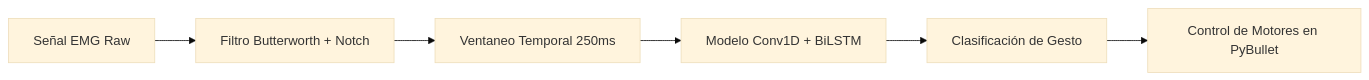
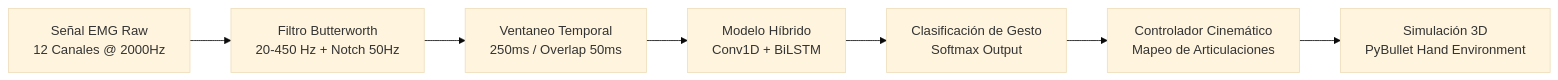
The diagram in README.md (JellySav/emg-prosthetic-control), drawn with Mermaid (base theme) before and after one commit. The commit also changed other lines of this file, not shown here.

````diff
--- a/README.md
+++ b/README.md
@@ -12,8 +41,9 @@
 ```mermaid
 graph LR
-    A[Señal EMG Raw] --> B[Filtro Butterworth + Notch]
-    B --> C[Ventaneo Temporal 250ms]
-    C --> D[Modelo Conv1D + BiLSTM]
-    D --> E[Clasificación de Gesto]
-    E --> F[Control de Motores en PyBullet]
+    A[Señal EMG Raw<br/>12 Canales @ 2000Hz] --> B[Filtro Butterworth<br/>20-450 Hz + Notch 50Hz]
+    B --> C[Ventaneo Temporal<br/>250ms / Overlap 50ms]
+    C --> D[Modelo Híbrido<br/>Conv1D + BiLSTM]
+    D --> E[Clasificación de Gesto<br/>Softmax Output]
+    E --> F[Controlador Cinemático<br/>Mapeo de Articulaciones]
+    F --> G[Simulación 3D<br/>PyBullet Hand Environment]
 ```
````
